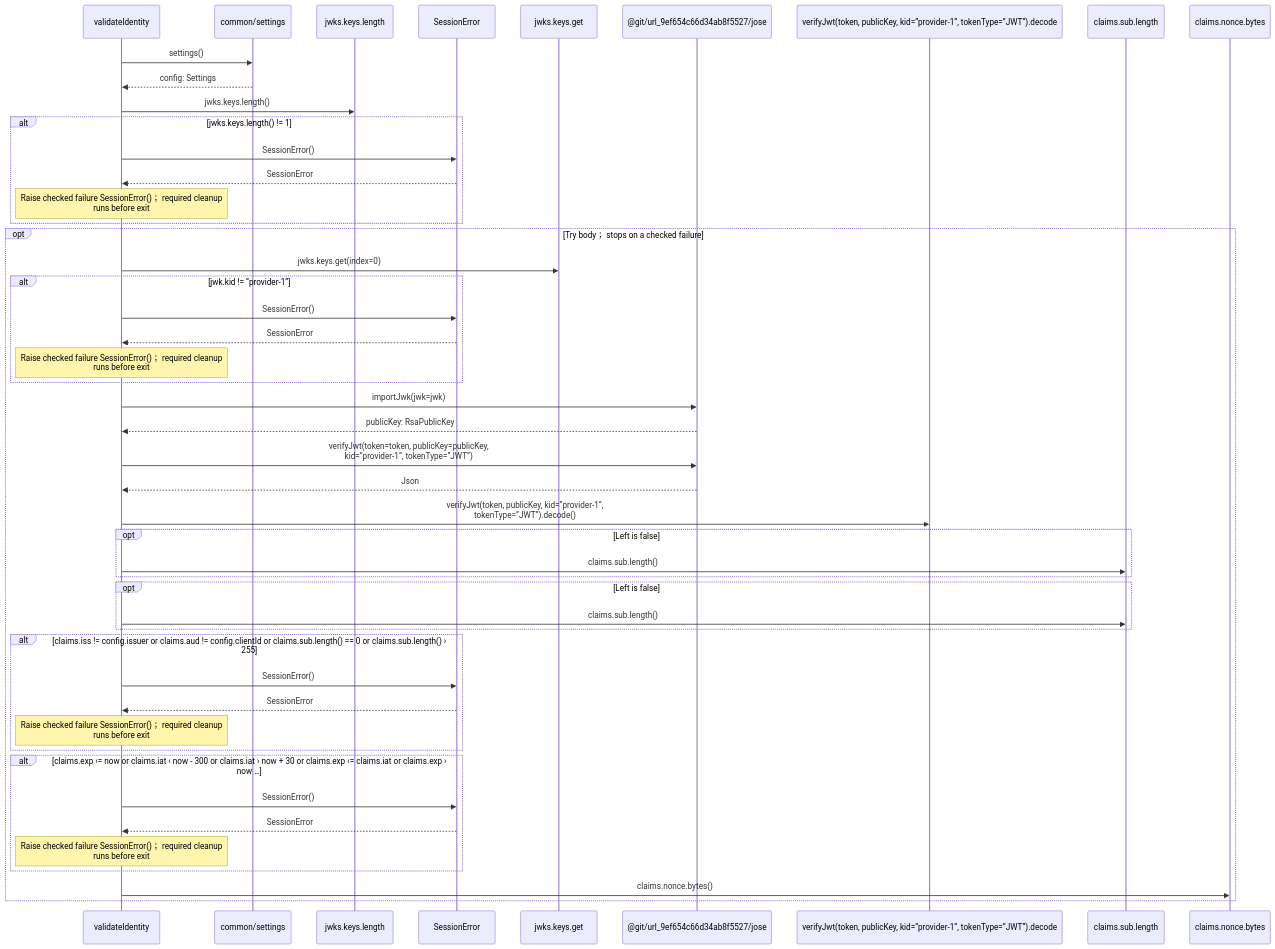
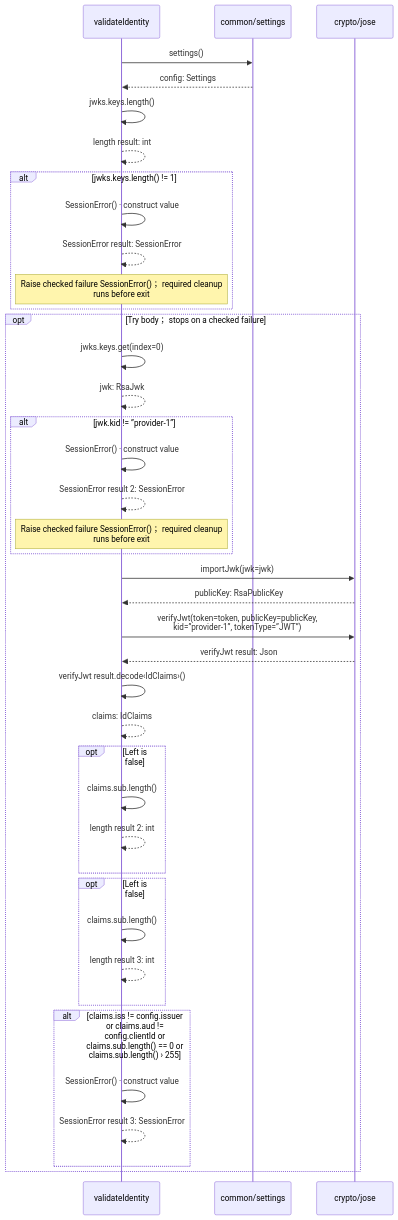
The seventh of 9 diagrams in docs/examples/oidc-login/client/protocol-diagrams.md (GreenPandaStudios/augscript), drawn with Mermaid before and after one commit. The commit also changed other lines of this file and 304 other files, not shown here.

Commit message:
Make generated data-flow sequences concise and review every diagram

````diff
--- a/docs/examples/oidc-login/client/protocol-diagrams.md
+++ b/docs/examples/oidc-login/client/protocol-diagrams.md
@@ -192,50 +173,42 @@
 ```mermaid
 sequenceDiagram
     participant p0 as validateIdentity
     participant p1 as common/settings
-    participant p2 as jwks.keys.length
-    participant p3 as SessionError
-    participant p4 as jwks.keys.get
-    participant p5 as @git/url_9ef654c66d34ab8f5527/jose
-    participant p6 as verifyJwt(token, publicKey, kid=”provider-1”, tokenType=”JWT”).decode
-    participant p7 as claims.sub.length
-    participant p8 as claims.nonce.bytes
+    participant p2 as crypto/jose
     p0->>p1: settings()
     p1-->>p0: config: Settings
-    p0->>p2: jwks.keys.length()
+    p0->>p0: jwks.keys.length()
+    p0-->>p0: length result: int
     alt jwks.keys.length() != 1
-    p0->>p3: SessionError()
-    p3-->>p0: SessionError
+    p0->>p0: SessionError() · construct value
+    p0-->>p0: SessionError result: SessionError
     Note over p0: Raise checked failure SessionError()； required cleanup<br/>runs before exit
     end
     opt Try body； stops on a checked failure
-    p0->>p4: jwks.keys.get(index=0)
+    p0->>p0: jwks.keys.get(index=0)
+    p0-->>p0: jwk: RsaJwk
     alt jwk.kid != ”provider-1”
-    p0->>p3: SessionError()
-    p3-->>p0: SessionError
+    p0->>p0: SessionError() · construct value
+    p0-->>p0: SessionError result 2: SessionError
     Note over p0: Raise checked failure SessionError()； required cleanup<br/>runs before exit
     end
-    p0->>p5: importJwk(jwk=jwk)
-    p5-->>p0: publicKey: RsaPublicKey
-    p0->>p5: verifyJwt(token=token, publicKey=publicKey,<br/>kid=”provider-1”, tokenType=”JWT”)
-    p5-->>p0: Json
-    p0->>p6: verifyJwt(token, publicKey, kid=”provider-1”,<br/>tokenType=”JWT”).decode()
+    p0->>p2: importJwk(jwk=jwk)
+    p2-->>p0: publicKey: RsaPublicKey
+    p0->>p2: verifyJwt(token=token, publicKey=publicKey,<br/>kid=”provider-1”, tokenType=”JWT”)
+    p2-->>p0: verifyJwt result: Json
+    p0->>p0: verifyJwt result.decode‹IdClaims›()
+    p0-->>p0: claims: IdClaims
     opt Left is false
-    p0->>p7: claims.sub.length()
+    p0->>p0: claims.sub.length()
+    p0-->>p0: length result 2: int
     end
     opt Left is false
-    p0->>p7: claims.sub.length()
+    p0->>p0: claims.sub.length()
+    p0-->>p0: length result 3: int
     end
     alt claims.iss != config.issuer or claims.aud != config.clientId or claims.sub.length() == 0 or claims.sub.length() › 255
-    p0->>p3: SessionError()
-    p3-->>p0: SessionError
-    Note over p0: Raise checked failure SessionError()； required cleanup<br/>runs before exit
+    p0->>p0: SessionError() · construct value
+    p0-->>p0: SessionError result 3: SessionError
     end
-    alt claims.exp ‹= now or claims.iat ‹ now - 300 or claims.iat › now + 30 or claims.exp ‹= claims.iat or claims.exp › now …
-    p0->>p3: SessionError()
-    p3-->>p0: SessionError
-    Note over p0: Raise checked failure SessionError()； required cleanup<br/>runs before exit
-    end
-    p0->>p8: claims.nonce.bytes()
     end
 ```
````
